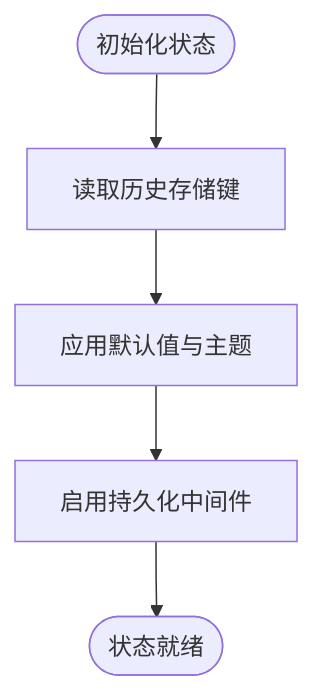
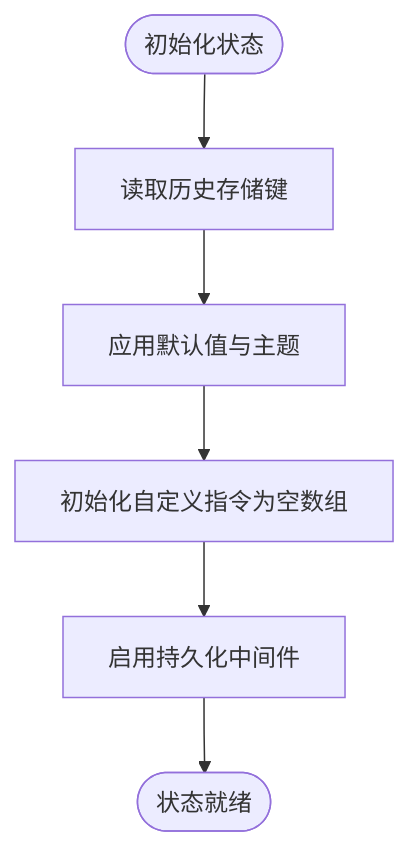
Before and after one commit to ZhongXiandou/markdown2view: the third of 8 diagrams in .qoder/repowiki/zh/content/架构设计/状态管理架构.md, drawn with Mermaid. The commit also changed other lines of this file and 35 other files, not shown here.

````diff
--- a/.qoder/repowiki/zh/content/架构设计/状态管理架构.md
+++ b/.qoder/repowiki/zh/content/架构设计/状态管理架构.md
@@ -166,7 +196,8 @@
 ```mermaid
 flowchart TD
 Start(["初始化状态"]) --> LoadLegacy["读取历史存储键"]
 LoadLegacy --> ApplyDefaults["应用默认值与主题"]
-ApplyDefaults --> Persist["启用持久化中间件"]
+ApplyDefaults --> InitCustomInstructions["初始化自定义指令为空数组"]
+InitCustomInstructions --> Persist["启用持久化中间件"]
 Persist --> Ready(["状态就绪"])
 ```
````
